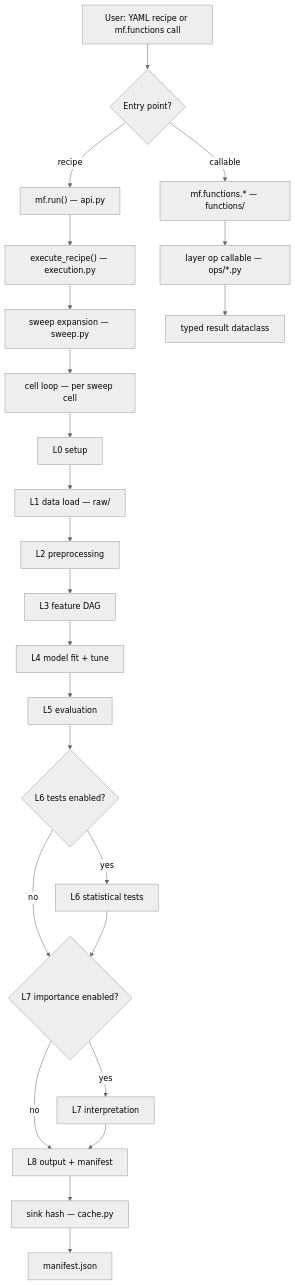
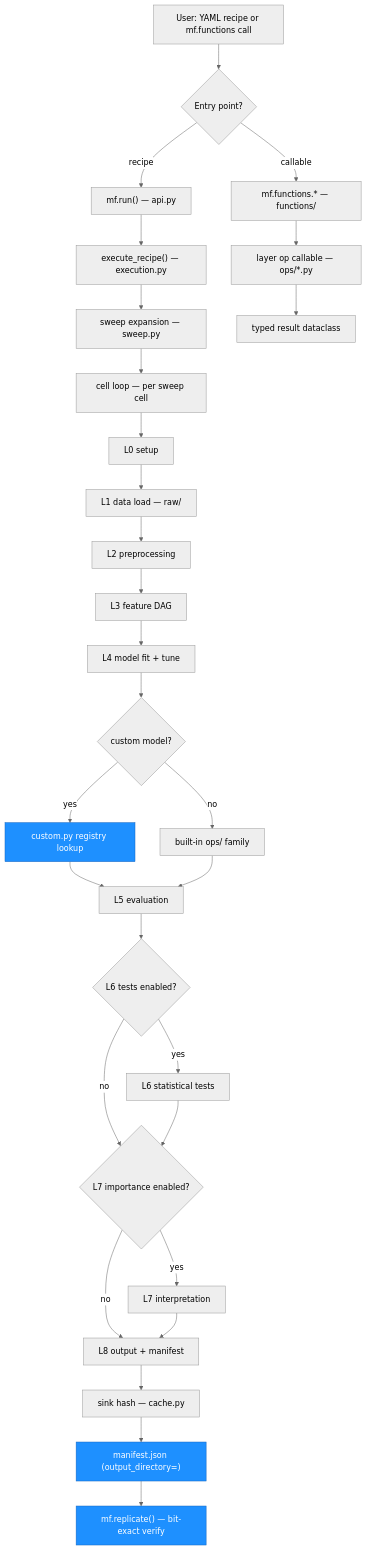
Before and after one commit to NanyeonK/macroforecast: the third of 4 diagrams in ARCHITECTURE.md, drawn with Mermaid. The commit also changed other lines of this file, not shown here.

Commit message:
docs(c53): ARCHITECTURE.md C53 run header + content paragraph

````diff
--- a/ARCHITECTURE.md
+++ b/ARCHITECTURE.md
@@ -192,28 +202,37 @@
 ```mermaid
 %%{init: {'theme': 'neutral'}}%%
 graph TD
     U["User: YAML recipe or mf.functions call"]
     U --> EP{"Entry point?"}
     EP -->|recipe| RUN["mf.run() — api.py"]
     EP -->|callable| FUNC["mf.functions.* — functions/"]
     RUN --> EXEC["execute_recipe() — execution.py"]
     EXEC --> SWEEP["sweep expansion — sweep.py"]
     SWEEP --> CELL["cell loop — per sweep cell"]
     CELL --> L0["L0 setup"]
     L0 --> L1["L1 data load — raw/"]
     L1 --> L2["L2 preprocessing"]
     L2 --> L3["L3 feature DAG"]
     L3 --> L4["L4 model fit + tune"]
-    L4 --> L5["L5 evaluation"]
+    L4 --> CUSTOM{"custom model?"}
+    CUSTOM -->|yes| REG["custom.py registry lookup"]
+    CUSTOM -->|no| BUILTIN["built-in ops/ family"]
+    REG --> L5["L5 evaluation"]
+    BUILTIN --> L5
     L5 --> L6{"L6 tests enabled?"}
     L6 -->|yes| TESTS["L6 statistical tests"]
     L6 -->|no| L7CHECK{"L7 importance enabled?"}
     TESTS --> L7CHECK
     L7CHECK -->|yes| INTERP["L7 interpretation"]
     L7CHECK -->|no| L8["L8 output + manifest"]
     INTERP --> L8
     L8 --> HASH["sink hash — cache.py"]
-    HASH --> MAN["manifest.json"]
+    HASH --> MAN["manifest.json (output_directory=)"]
+    MAN --> REP["mf.replicate() — bit-exact verify"]
     FUNC --> LEAF["layer op callable — ops/*.py"]
     LEAF --> RES["typed result dataclass"]
+
+    style REG fill:#1e90ff,stroke:#1565c0,color:#fff
+    style MAN fill:#1e90ff,stroke:#1565c0,color:#fff
+    style REP fill:#1e90ff,stroke:#1565c0,color:#fff
 ```
````
